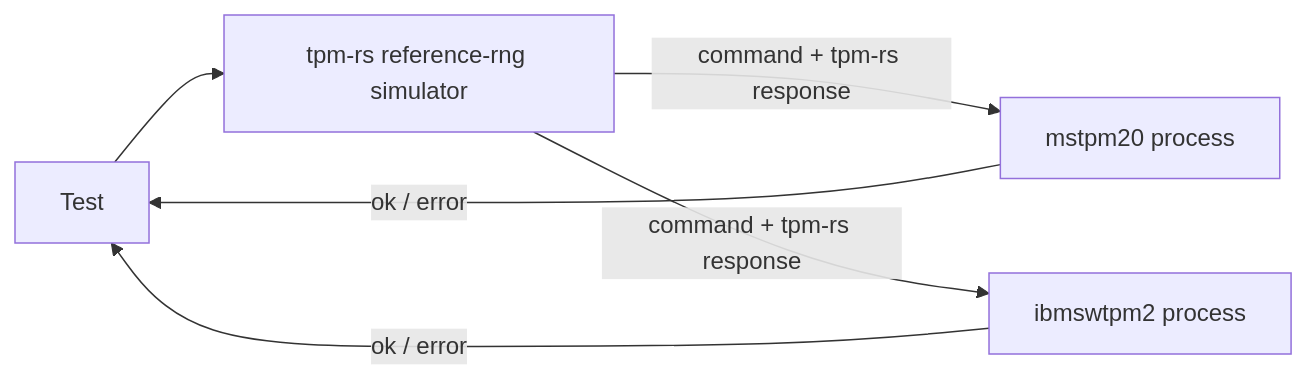
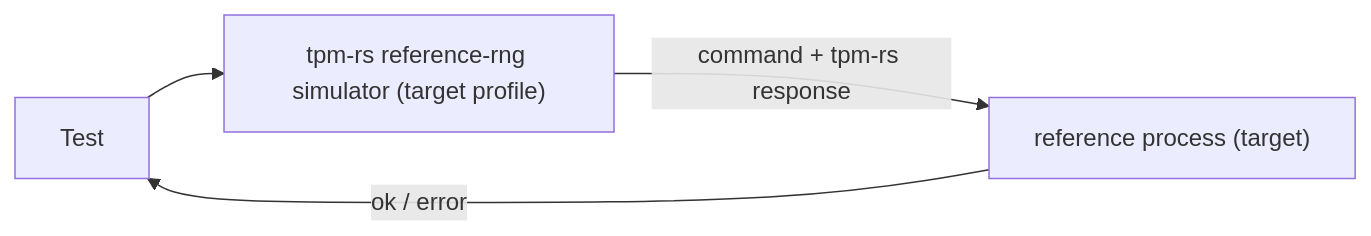
Before and after one commit to tpm-rs/tpm-rs: the diagram in differential.md, drawn with Mermaid. The commit also changed other lines of this file and 128 other files, not shown here.

First line of the commit message:
tpm2, tpm2-impl, testing: replace tpm2::profile with Cargo features; one differential target per run

````diff
--- a/differential.md
+++ b/differential.md
@@ -39,8 +48,6 @@
 ```mermaid
 flowchart LR
-  T["Test"] --> R["tpm-rs reference-rng simulator"]
-  R -- "command + tpm-rs response" --> M["mstpm20 process"]
-  R -- "command + tpm-rs response" --> I["ibmswtpm2 process"]
+  T["Test"] --> R["tpm-rs reference-rng simulator (target profile)"]
+  R -- "command + tpm-rs response" --> M["reference process (target)"]
   M -- "ok / error" --> T
-  I -- "ok / error" --> T
 ```
````
